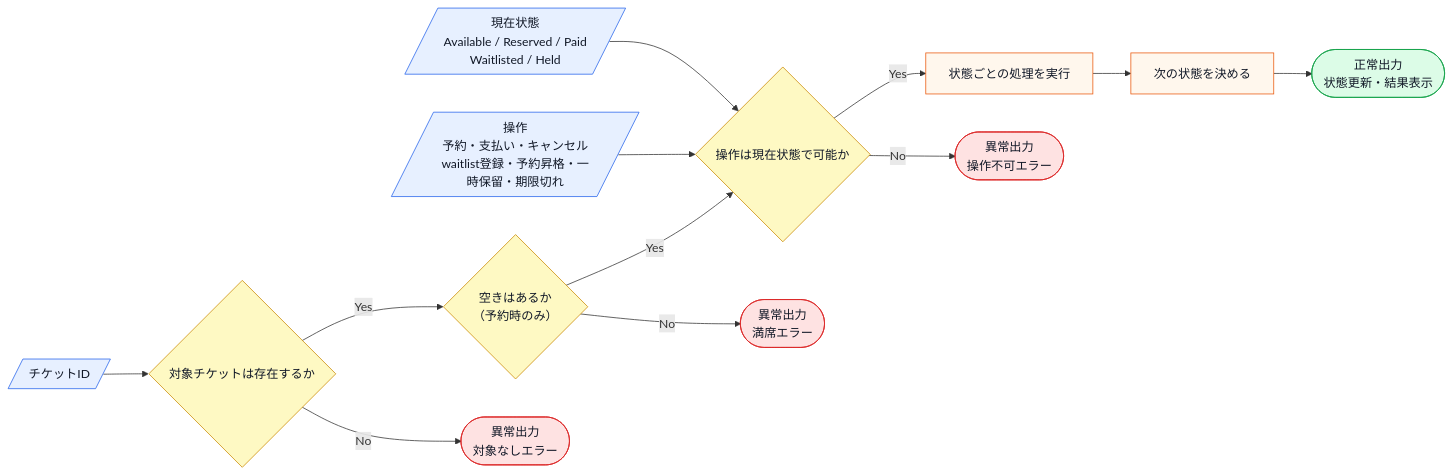
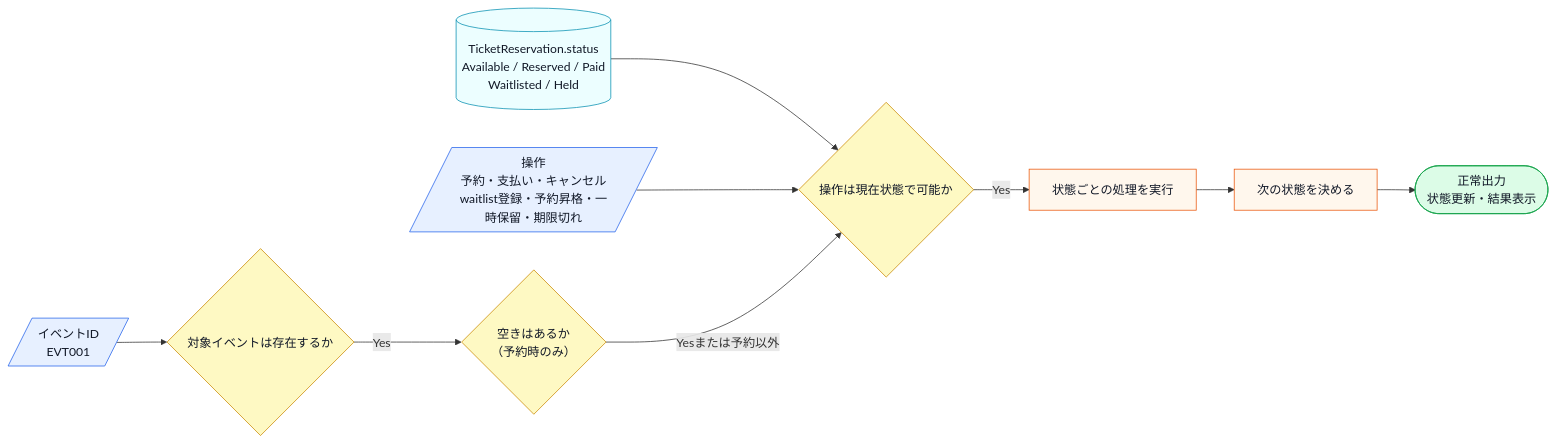
One commit to kumachan1101-pixel/DesignPattern changed the seventh of 12 diagrams in kindle/design-patterns/output/chapter03.md. Above: the diagram before and after it, drawn with Mermaid. The commit also changed other lines of this file and 11 other files, not shown here.

Commit message:
docs: 残タスクの仕様図と外部境界を全章反映

````diff
--- a/kindle/design-patterns/output/chapter03.md
+++ b/kindle/design-patterns/output/chapter03.md
@@ -475,20 +501,17 @@
 ```mermaid
 flowchart LR
-    A[/現在状態<br>Available / Reserved / Paid<br>Waitlisted / Held/]:::input --> B{操作は現在状態で可能か}:::decision
+    A[(TicketReservation.status<br>Available / Reserved / Paid<br>Waitlisted / Held)]:::data --> B{操作は現在状態で可能か}:::decision
     C[/操作<br>予約・支払い・キャンセル<br>waitlist登録・予約昇格・一時保留・期限切れ/]:::input --> B
-    D[/チケットID/]:::input --> E{対象チケットは存在するか}:::decision
+    D[/イベントID<br>EVT001/]:::input --> E{対象イベントは存在するか}:::decision
     E -->|Yes| K{空きはあるか<br>（予約時のみ）}:::decision
-    K -->|Yes| B
+    K -->|Yesまたは予約以外| B
     B -->|Yes| F[状態ごとの処理を実行]:::process
     F --> G[次の状態を決める]:::process
     G --> H([正常出力<br>状態更新・結果表示]):::normal
-    E -->|No| I([異常出力<br>対象なしエラー]):::error
-    K -->|No| L([異常出力<br>満席エラー]):::error
-    B -->|No| J([異常出力<br>操作不可エラー]):::error
 
+    classDef data fill:#ecfeff,stroke:#0891b2,color:#111827;
     classDef input fill:#e7f0ff,stroke:#2563eb,color:#111827;
     classDef process fill:#fff7ed,stroke:#ea580c,color:#111827;
     classDef decision fill:#fef9c3,stroke:#ca8a04,color:#111827;
     classDef normal fill:#dcfce7,stroke:#16a34a,color:#111827;
-    classDef error fill:#fee2e2,stroke:#dc2626,color:#111827;
 ```
````
